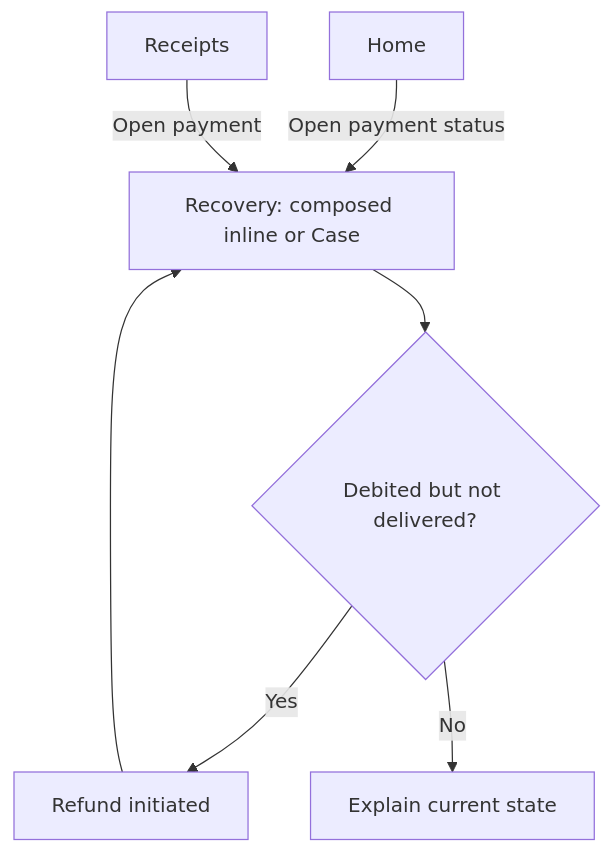
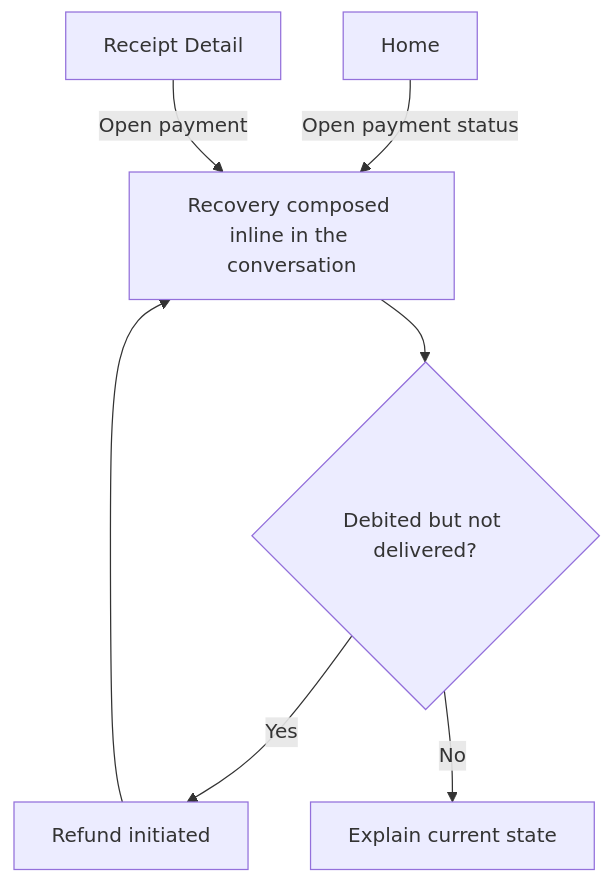
Before and after one commit to vanguard-op/sabi-docs: the sixth of 9 diagrams in Sabi/user-flow.md, drawn with Mermaid. The commit also changed other lines of this file and 11 other files, not shown here.

First line of the commit message:
docs(sabi): complete tasks inline in the conversation; drop Payment Confirmation

````diff
--- a/Sabi/user-flow.md
+++ b/Sabi/user-flow.md
@@ -327,9 +325,9 @@
 ```mermaid
 graph TD
-    Home[Home] -->|Open payment status| Case[Recovery: composed inline or Case]
-    Receipts[Receipts] -->|Open payment| Case
+    Home[Home] -->|Open payment status| Case[Recovery composed inline in the conversation]
+    ReceiptDetail[Receipt Detail] -->|Open payment| Case
     Case --> A{Debited but not delivered?}
     A -->|Yes| R[Refund initiated]
     A -->|No| E[Explain current state]
     R --> Case
 ```
````
